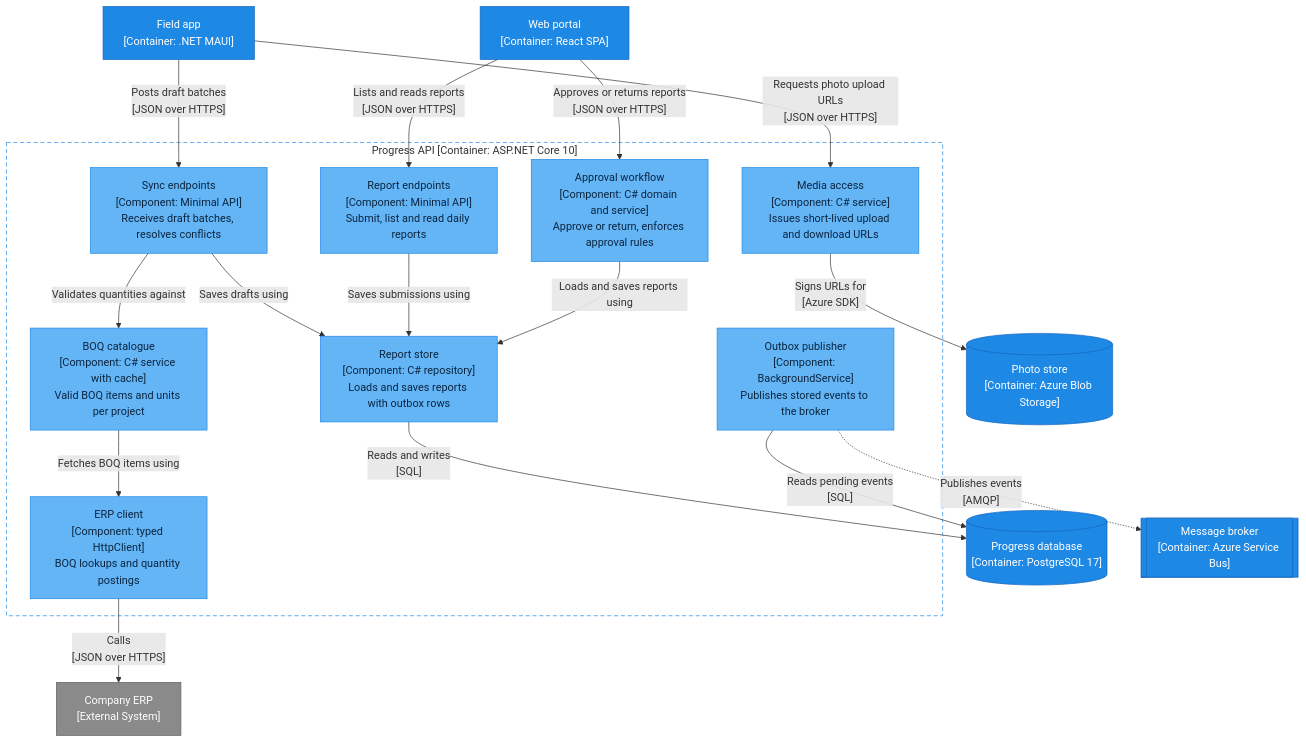
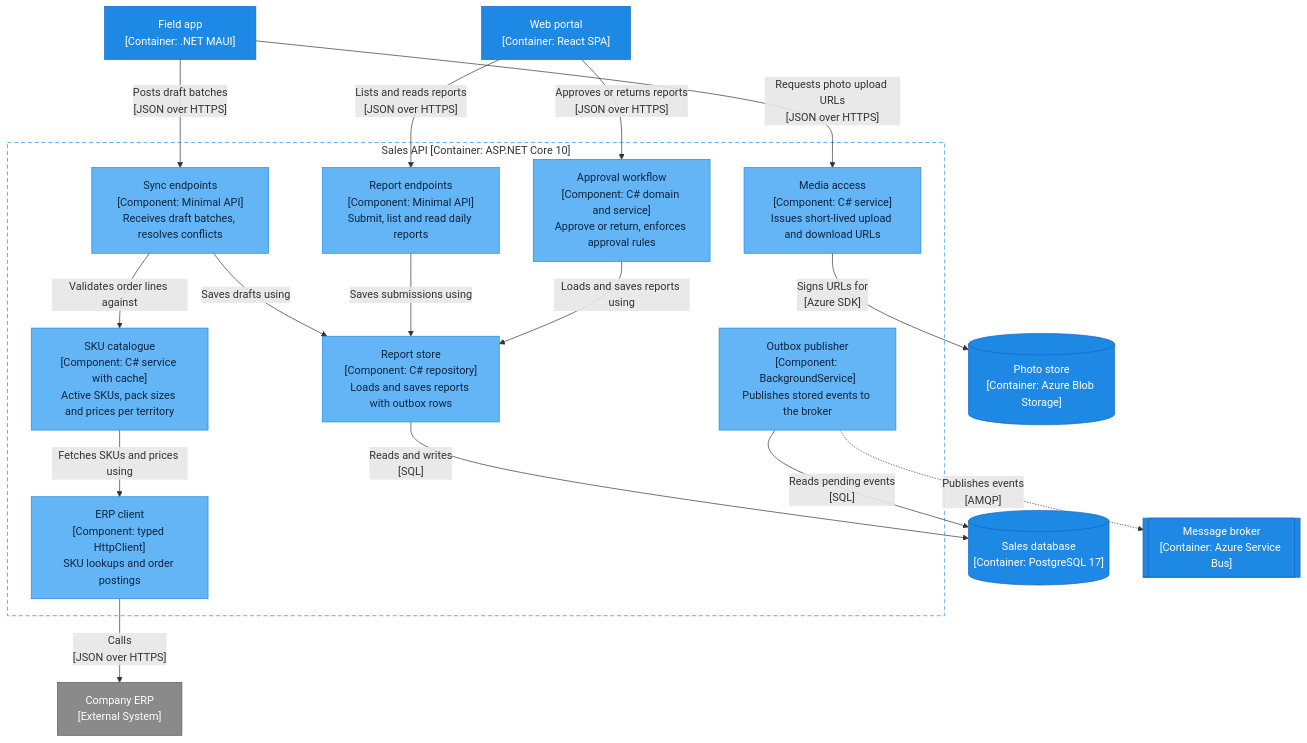
The third of 7 diagrams in content/lessons/m05/m05-c4-views.md (rizwi0786/system-design-lab), drawn with Mermaid before and after one commit. The commit also changed other lines of this file and 334 other files, not shown here.

````diff
--- a/content/lessons/m05/m05-c4-views.md
+++ b/content/lessons/m05/m05-c4-views.md
@@ -218,39 +218,39 @@
 ```mermaid
 flowchart TB
     app["Field app<br/>[Container: .NET MAUI]"]:::container
     portal["Web portal<br/>[Container: React SPA]"]:::container
-    subgraph apib["Progress API [Container: ASP.NET Core 10]"]
+    subgraph apib["Sales API [Container: ASP.NET Core 10]"]
         sync["Sync endpoints<br/>[Component: Minimal API]<br/>Receives draft batches, resolves conflicts"]:::component
         reports["Report endpoints<br/>[Component: Minimal API]<br/>Submit, list and read daily reports"]:::component
         approval["Approval workflow<br/>[Component: C# domain and service]<br/>Approve or return, enforces approval rules"]:::component
-        boq["BOQ catalogue<br/>[Component: C# service with cache]<br/>Valid BOQ items and units per project"]:::component
+        cat["SKU catalogue<br/>[Component: C# service with cache]<br/>Active SKUs, pack sizes and prices per territory"]:::component
         media["Media access<br/>[Component: C# service]<br/>Issues short-lived upload and download URLs"]:::component
         store["Report store<br/>[Component: C# repository]<br/>Loads and saves reports with outbox rows"]:::component
         outbox["Outbox publisher<br/>[Component: BackgroundService]<br/>Publishes stored events to the broker"]:::component
-        erpc["ERP client<br/>[Component: typed HttpClient]<br/>BOQ lookups and quantity postings"]:::component
+        erpc["ERP client<br/>[Component: typed HttpClient]<br/>SKU lookups and order postings"]:::component
     end
-    db[("Progress database<br/>[Container: PostgreSQL 17]")]:::store
+    db[("Sales database<br/>[Container: PostgreSQL 17]")]:::store
     blob[("Photo store<br/>[Container: Azure Blob Storage]")]:::store
     bus[["Message broker<br/>[Container: Azure Service Bus]"]]:::queue
     erp["Company ERP<br/>[External System]"]:::external
     app -->|"Posts draft batches<br/>[JSON over HTTPS]"| sync
     app -->|"Requests photo upload URLs<br/>[JSON over HTTPS]"| media
     portal -->|"Lists and reads reports<br/>[JSON over HTTPS]"| reports
     portal -->|"Approves or returns reports<br/>[JSON over HTTPS]"| approval
-    sync -->|"Validates quantities against"| boq
+    sync -->|"Validates order lines against"| cat
     sync -->|"Saves drafts using"| store
     reports -->|"Saves submissions using"| store
     approval -->|"Loads and saves reports using"| store
-    boq -->|"Fetches BOQ items using"| erpc
+    cat -->|"Fetches SKUs and prices using"| erpc
     media -->|"Signs URLs for<br/>[Azure SDK]"| blob
     store -->|"Reads and writes<br/>[SQL]"| db
     outbox -->|"Reads pending events<br/>[SQL]"| db
     outbox -.->|"Publishes events<br/>[AMQP]"| bus
     erpc -->|"Calls<br/>[JSON over HTTPS]"| erp
     classDef container fill:#1e88e5,color:#ffffff,stroke:#1565c0
     classDef component fill:#64b5f6,color:#0b2540,stroke:#1e88e5
     classDef store fill:#1e88e5,color:#ffffff,stroke:#1565c0
     classDef queue fill:#1e88e5,color:#ffffff,stroke:#1565c0
     classDef external fill:#8a8a8a,color:#ffffff,stroke:#5f5f5f
     style apib fill:none,stroke:#1e88e5,stroke-dasharray:6 4
 ```
````
